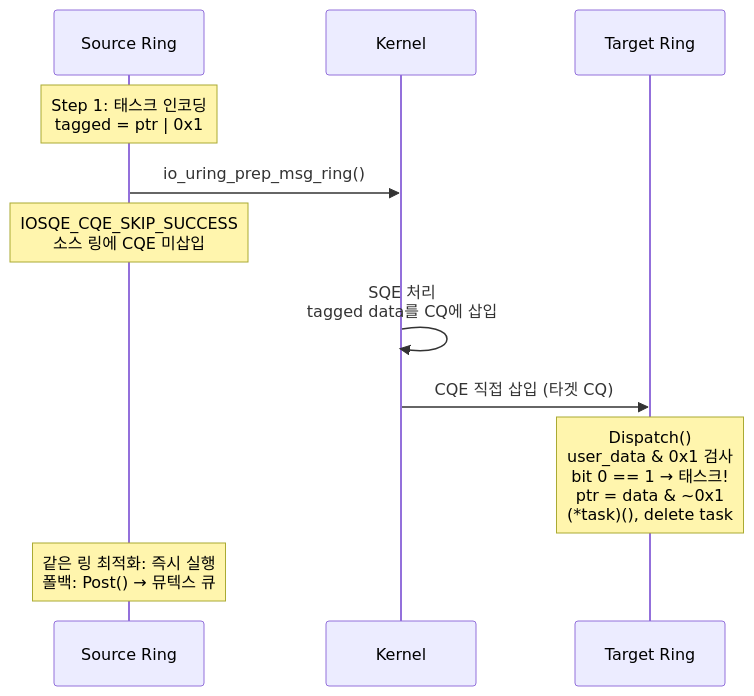
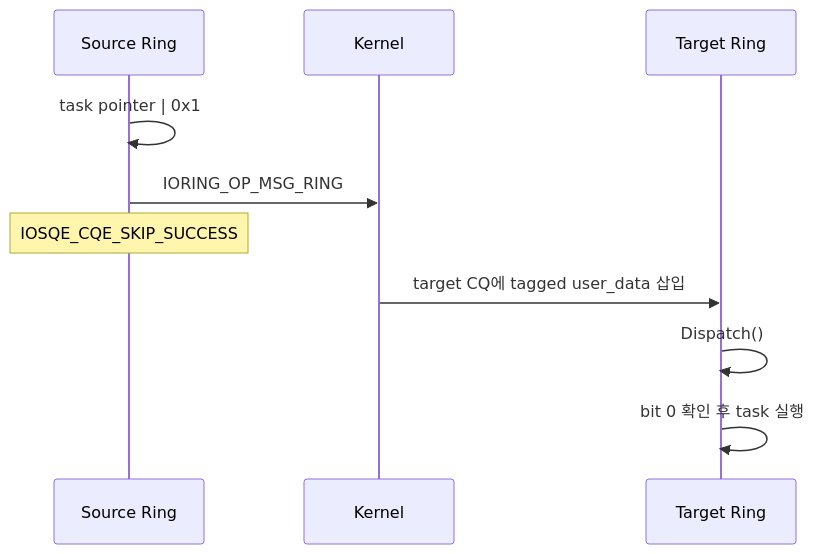
One commit to mint-cocoa/portfolio changed the fifth of 6 diagrams in docs/server/ServerCorePortfolio.qmd. Above: the diagram before and after it, drawn with Mermaid. The commit also changed other lines of this file and 1 other file, not shown here.

````diff
--- a/docs/server/ServerCorePortfolio.qmd
+++ b/docs/server/ServerCorePortfolio.qmd
@@ -372,20 +366,15 @@
 ```{mermaid}
 %%| label: fig-msg-ring
-%%| fig-cap: "MSG_RING 크로스 링 통신 흐름"
+%%| fig-cap: "MSG_RING 기반 ring 간 task 전달"
 sequenceDiagram
-    participant S as Source Ring
-    participant K as Kernel
-    participant T as Target Ring
+    participant Source as Source Ring
+    participant Kernel as Kernel
+    participant Target as Target Ring
 
-    Note over S: Step 1: 태스크 인코딩<br/>tagged = ptr | 0x1
-
-    S->>K: io_uring_prep_msg_ring()
-    Note over S: IOSQE_CQE_SKIP_SUCCESS<br/>소스 링에 CQE 미삽입
-
-    K->>K: SQE 처리<br/>tagged data를 CQ에 삽입
-    K->>T: CQE 직접 삽입 (타겟 CQ)
-
-    Note over T: Dispatch()<br/>user_data & 0x1 검사<br/>bit 0 == 1 → 태스크!<br/>ptr = data & ~0x1<br/>(*task)(), delete task
-
-    Note over S: 같은 링 최적화: 즉시 실행<br/>폴백: Post() → 뮤텍스 큐
+    Source->>Source: task pointer | 0x1
+    Source->>Kernel: IORING_OP_MSG_RING
+    Note over Source: IOSQE_CQE_SKIP_SUCCESS
+    Kernel->>Target: target CQ에 tagged user_data 삽입
+    Target->>Target: Dispatch()
+    Target->>Target: bit 0 확인 후 task 실행
 ```
````
